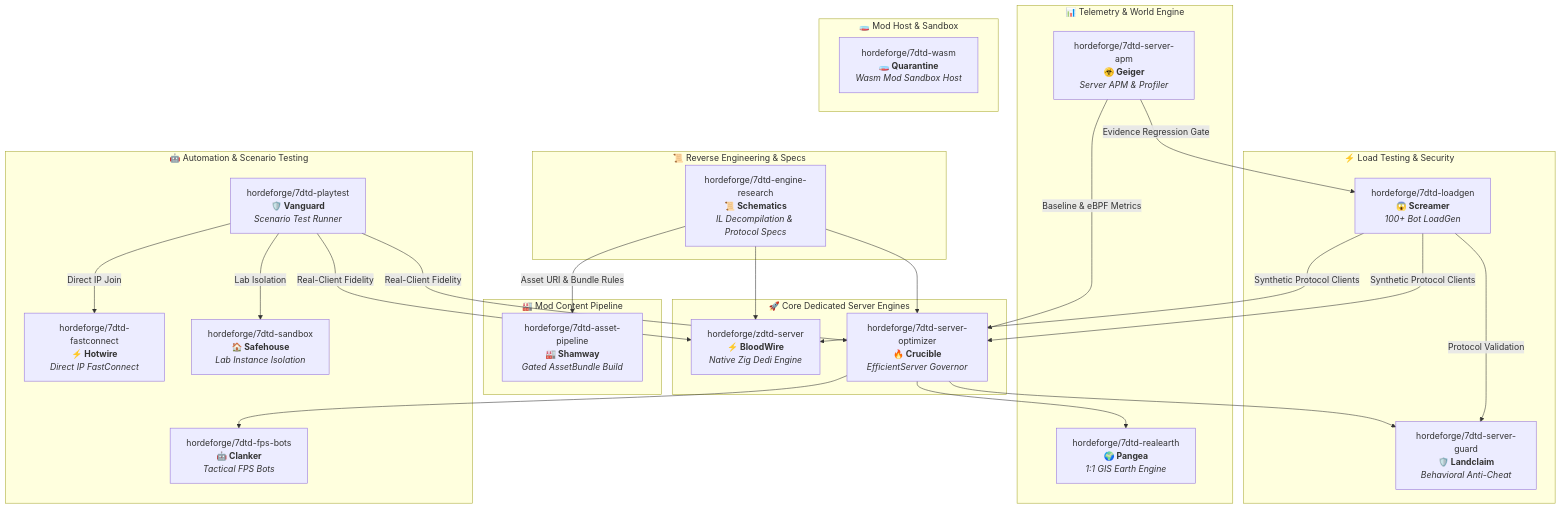
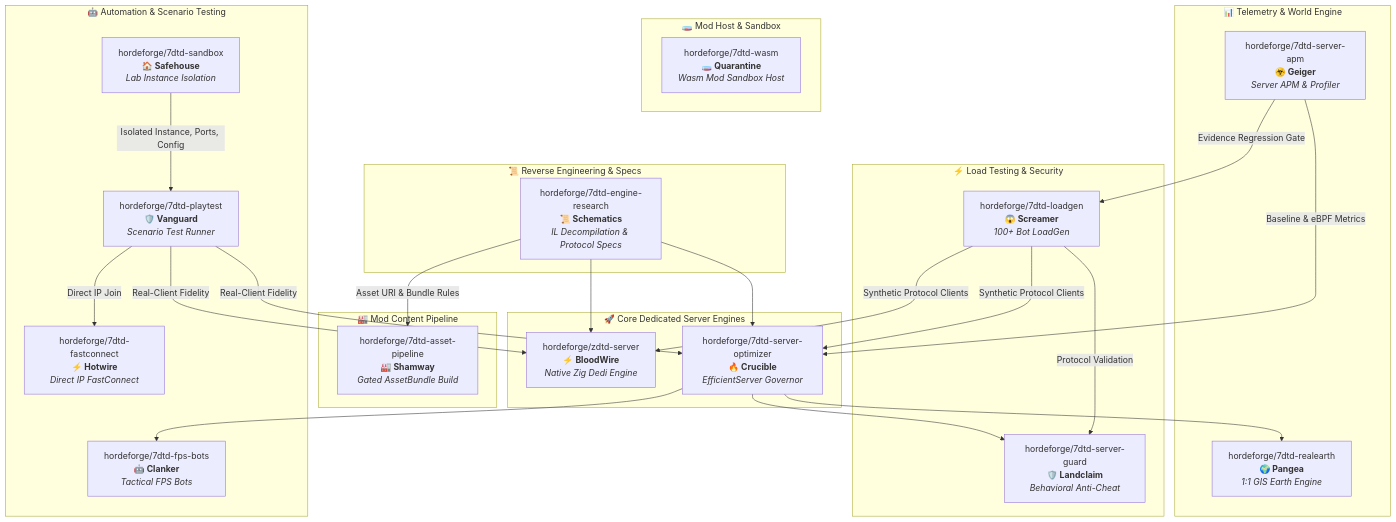
Before and after one commit to hordeforge/.github: the diagram in profile/README.md, drawn with Mermaid. The commit also changed other lines of this file and 4 other files, not shown here.

````diff
--- a/profile/README.md
+++ b/profile/README.md
@@ -67,56 +67,56 @@
 ```mermaid
 flowchart TD
     subgraph Research ["📜 Reverse Engineering & Specs"]
         RES["hordeforge/7dtd-engine-research<br><b>📜 Schematics</b><br><i>IL Decompilation & Protocol Specs</i>"]
     end
 
     subgraph CoreRuntimes ["🚀 Core Dedicated Server Engines"]
         ZDTD["hordeforge/zdtd-server<br><b>⚡ BloodWire</b><br><i>Native Zig Dedi Engine</i>"]
         OPT["hordeforge/7dtd-server-optimizer<br><b>🔥 Crucible</b><br><i>EfficientServer Governor</i>"]
     end
 
     subgraph LoadAndGuard ["⚡ Load Testing & Security"]
         LOAD["hordeforge/7dtd-loadgen<br><b>😱 Screamer</b><br><i>100+ Bot LoadGen</i>"]
         GUARD["hordeforge/7dtd-server-guard<br><b>🛡️ Landclaim</b><br><i>Behavioral Anti-Cheat</i>"]
     end
 
     subgraph TelemetryAndWorld ["📊 Telemetry & World Engine"]
         APM["hordeforge/7dtd-server-apm<br><b>☣️ Geiger</b><br><i>Server APM & Profiler</i>"]
         REAL["hordeforge/7dtd-realearth<br><b>🌍 Pangea</b><br><i>1:1 GIS Earth Engine</i>"]
     end
 
     subgraph ContentPipeline ["🏭 Mod Content Pipeline"]
         SHAM["hordeforge/7dtd-asset-pipeline<br><b>🏭 Shamway</b><br><i>Gated AssetBundle Build</i>"]
     end
 
     subgraph ModHost ["🧫 Mod Host & Sandbox"]
         QUAR["hordeforge/7dtd-wasm<br><b>🧫 Quarantine</b><br><i>Wasm Mod Sandbox Host</i>"]
     end
 
     subgraph BotAndAutomation ["🤖 Automation & Scenario Testing"]
         PLAY["hordeforge/7dtd-playtest<br><b>🛡️ Vanguard</b><br><i>Scenario Test Runner</i>"]
         BOT["hordeforge/7dtd-fps-bots<br><b>🤖 Clanker</b><br><i>Tactical FPS Bots</i>"]
         CONN["hordeforge/7dtd-fastconnect<br><b>⚡ Hotwire</b><br><i>Direct IP FastConnect</i>"]
         SAFE["hordeforge/7dtd-sandbox<br><b>🏠 Safehouse</b><br><i>Lab Instance Isolation</i>"]
     end
 
     RES --> ZDTD
     RES --> OPT
     RES -->|Asset URI & Bundle Rules| SHAM
 
     LOAD -->|Synthetic Protocol Clients| ZDTD
     LOAD -->|Synthetic Protocol Clients| OPT
     LOAD -->|Protocol Validation| GUARD
 
     APM -->|Baseline & eBPF Metrics| OPT
     APM -->|Evidence Regression Gate| LOAD
 
     PLAY -->|Real-Client Fidelity| ZDTD
     PLAY -->|Real-Client Fidelity| OPT
     PLAY -->|Direct IP Join| CONN
-    PLAY -->|Lab Isolation| SAFE
+    SAFE -->|Isolated Instance, Ports, Config| PLAY
 
     OPT --> GUARD
     OPT --> REAL
     OPT --> BOT
 ```
````
